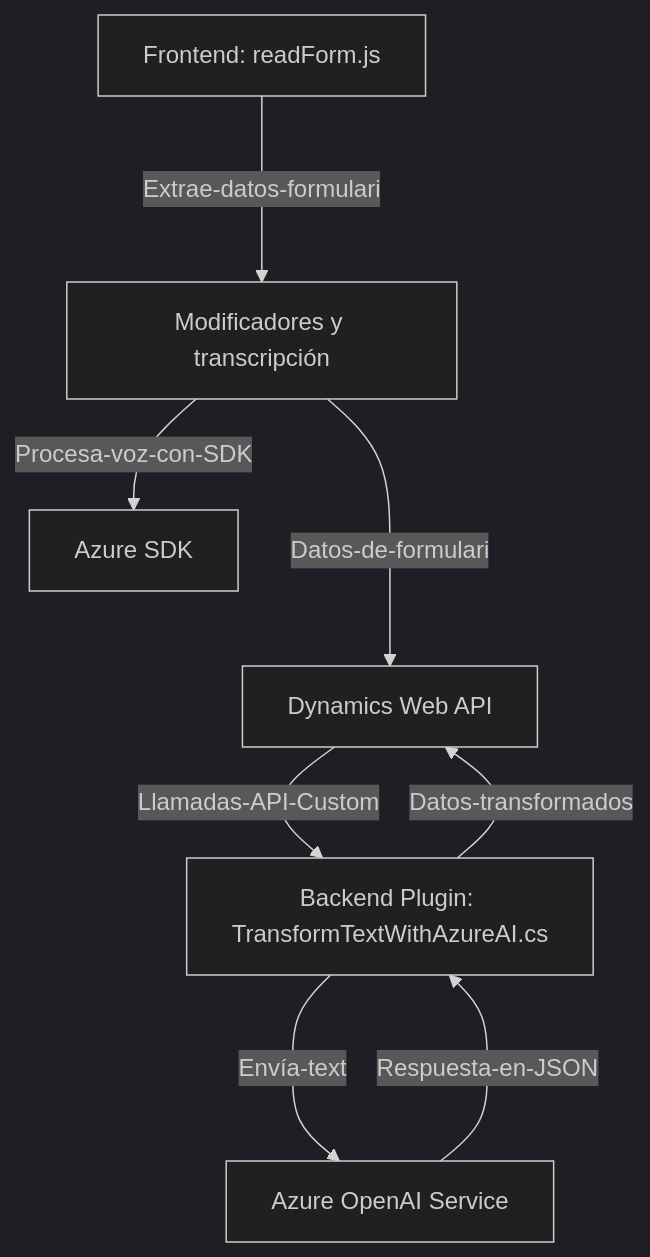
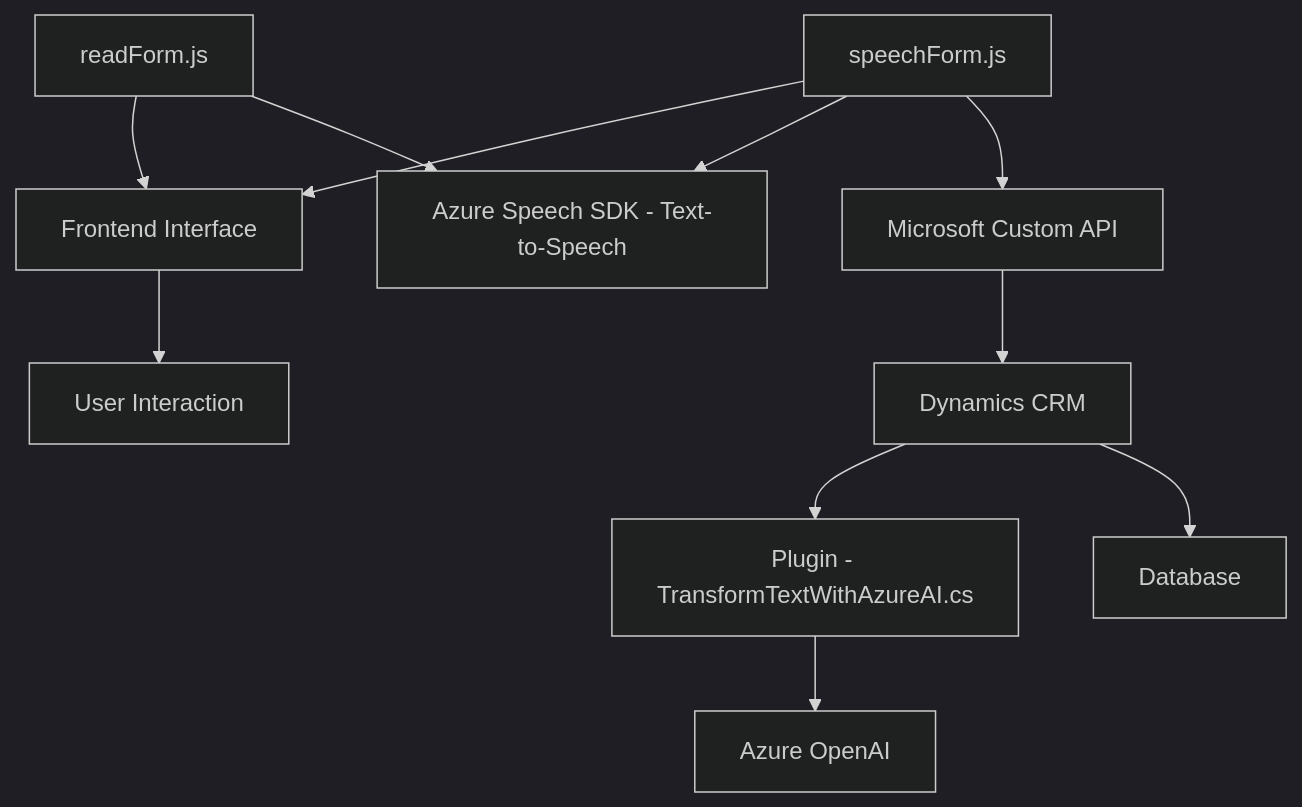
Before and after one commit to blopezdm/NETCORE_BILBAO2025: the diagram in README.md, drawn with Mermaid (dark theme). The commit also changed other lines of this file, not shown here.

Commit message:
Actualizar análisis global de la solución con IA

````diff
--- a/README.md
+++ b/README.md
@@ -39,17 +51,16 @@
 ```mermaid
 graph TD
-    A["Frontend: readForm.js"]
-    B["Frontend: speechForm.js"]
-    C["Backend Plugin: TransformTextWithAzureAI.cs"]
-    D["Azure Speech SDK"]
-    E["Microsoft Dynamics Web API"]
-    F["Azure OpenAI Service"]
-
-    A --Extrae-datos-formulario--> B["Modificadores y transcripción"]
-    B --Procesa-voz-con-SDK--> D["Azure SDK"]
-    B --Datos-de-formulario--> E["Dynamics Web API"]
-    E --Llamadas-API-Custom--> C
-    C --Envía-texto--> F["Azure OpenAI Service"]
-    F --Respuesta-en-JSON--> C
-    C --Datos-transformados--> E
+  A["Frontend Interface"]
+  B["readForm.js"]
+  C["speechForm.js"]
+  B --> A
+  C --> A
+  B --> D["Azure Speech SDK - Text-to-Speech"]
+  C --> D
+  C --> E["Microsoft Custom API"]
+  E --> F["Dynamics CRM"]
+  F --> G["Plugin - TransformTextWithAzureAI.cs"]
+  G --> H["Azure OpenAI"]
+  F --> I["Database"]
+  A --> J["User Interaction"]
 ```
````
